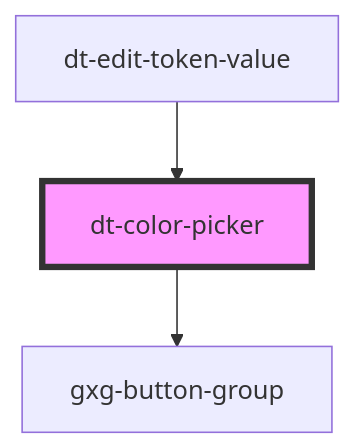
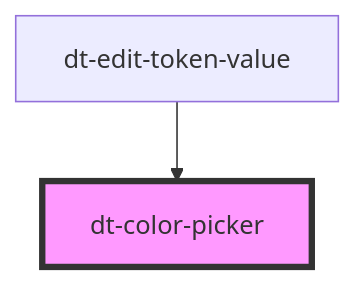
One commit to genexuslabs/design-tokens-editor changed the diagram in src/components/color-picker/readme.md. Above: the diagram before and after it, drawn with Mermaid. The commit also changed other lines of this file and 8 other files, not shown here.

````diff
--- a/src/components/color-picker/readme.md
+++ b/src/components/color-picker/readme.md
@@ -35,6 +31,5 @@
 ```mermaid
 graph TD;
-  dt-color-picker --> gxg-button-group
   dt-edit-token-value --> dt-color-picker
   style dt-color-picker fill:#f9f,stroke:#333,stroke-width:4px
 ```
````
